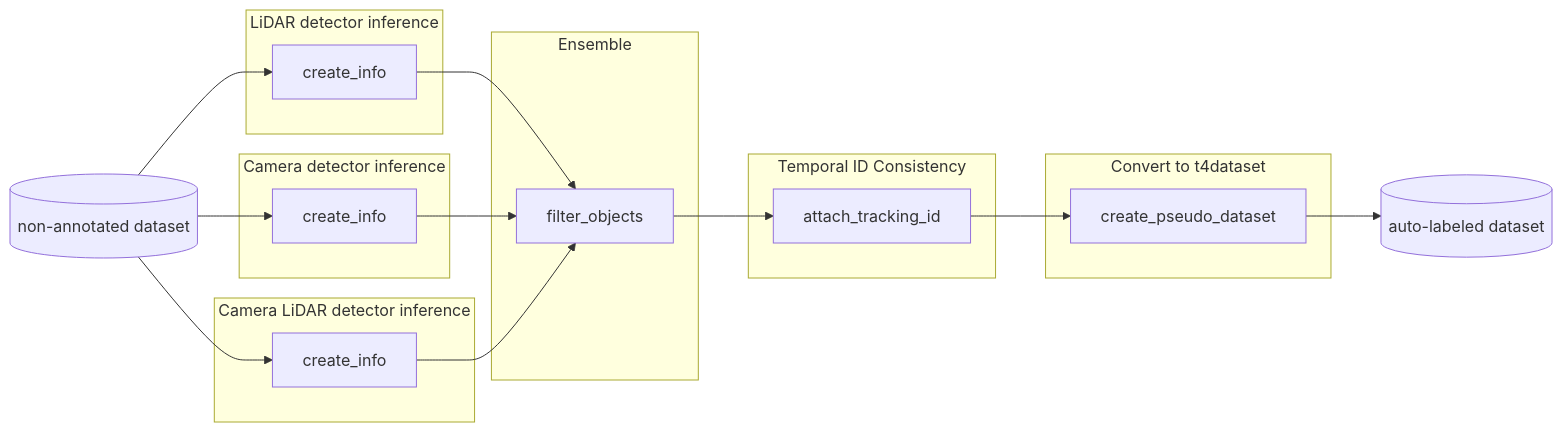
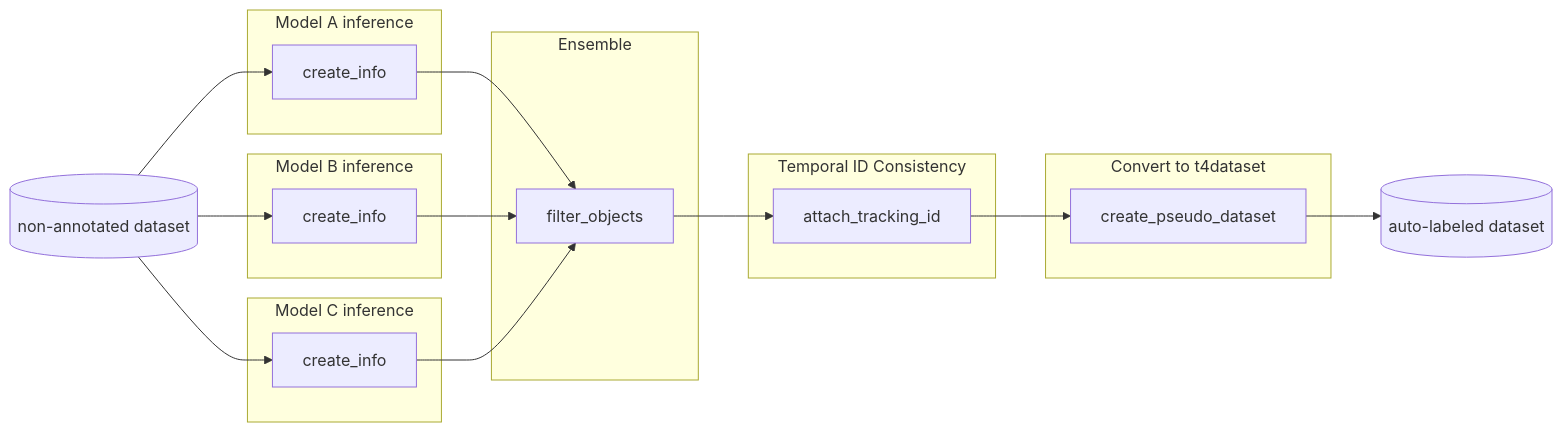
The diagram in tools/auto_labeling_3d/README.md (tier4/AWML), drawn with Mermaid before and after one commit.

Commit message:
docs(auto_labeling_3d): rename model name in figure

````diff
--- a/tools/auto_labeling_3d/README.md
+++ b/tools/auto_labeling_3d/README.md
@@ -7,49 +7,49 @@
 ```mermaid
 graph LR
     NADATA[(non-annotated dataset)]
 
-    subgraph "LiDAR detector inference"
+    subgraph "Model A inference"
         INFERENCE_A[create_info]
     end
 
-    subgraph "Camera detector inference"
+    subgraph "Model B inference"
         INFERENCE_B[create_info]
     end
 
-    subgraph "Camera LiDAR detector inference"
+    subgraph "Model C inference"
         INFERENCE_C[create_info]
     end
 
     subgraph "Ensemble"
         ENSEMBLE[filter_objects]
     end
 
     subgraph "Temporal ID Consistency"
         TRACKING[attach_tracking_id]
     end
 
     subgraph "Convert to t4dataset"
         CONVERT[create_pseudo_dataset]
     end
 
     DATA[(auto-labeled dataset)]
 
     NADATA --> INFERENCE_A
     NADATA --> INFERENCE_B
     NADATA --> INFERENCE_C
 
     INFERENCE_A --> ENSEMBLE
     INFERENCE_B --> ENSEMBLE
     INFERENCE_C --> ENSEMBLE
 
     ENSEMBLE --> TRACKING
     TRACKING --> CONVERT
     CONVERT --> DATA
 
     click INFERENCE_A "https://github.com/tier4/AWML/tree/main/tools/auto_labeling_3d#2-create-info-file-from-non-annotated-t4dataset"
     click INFERENCE_B "https://github.com/tier4/AWML/tree/main/tools/auto_labeling_3d#2-create-info-file-from-non-annotated-t4dataset"
     click INFERENCE_C "https://github.com/tier4/AWML/tree/main/tools/auto_labeling_3d#2-create-info-file-from-non-annotated-t4dataset"
     click ENSEMBLE "https://github.com/tier4/AWML/tree/main/tools/auto_labeling_3d#3-filter-objects-which-do-not-use-for-pseudo-t4dataset"
     click TRACKING "https://github.com/tier4/AWML/tree/main/tools/auto_labeling_3d#4-attach-tracking-id-to-info-file"
     click CONVERT "https://github.com/tier4/AWML/tree/main/tools/auto_labeling_3d#5-create-pseudo-t4dataset"
 ```
````
